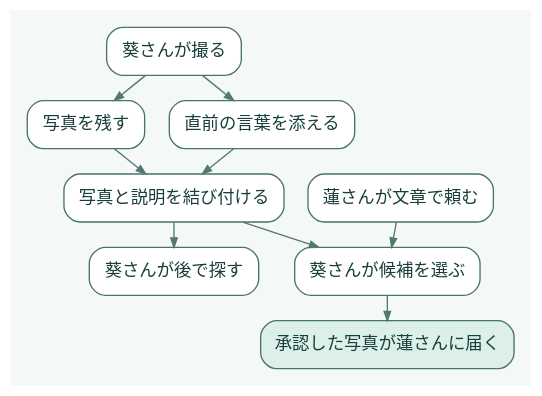
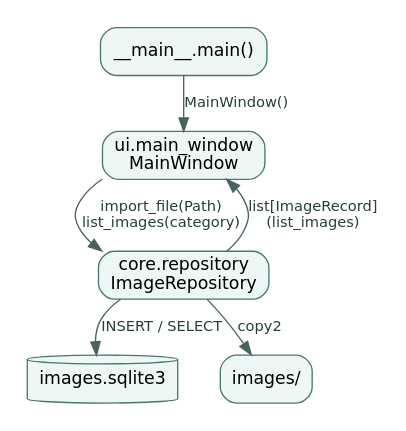
Before and after one commit to OsakanaHEAVEN/Create_Engineering_F_Academy: the diagram in diagrams/overview.dot, drawn with Graphviz. The commit also changed 28 other files, not shown here.

```diff
--- a/diagrams/overview.dot
+++ b/diagrams/overview.dot
@@ -1,8 +1,15 @@
-digraph Album {
-  graph [rankdir=TB, bgcolor="#f4f8f7", pad=.18, nodesep=.25, ranksep=.26, fontname="Noto Sans CJK JP"];
-  node [shape=box, style="rounded,filled", fillcolor="white", color="#47736f", fontcolor="#193e3b", fontname="Noto Sans CJK JP", fontsize=13, margin=".17,.10"];
-  edge [color="#537873", arrowsize=.7, fontname="Noto Sans CJK JP", fontsize=11];
-  shot [label="葵さんが撮る"]; photo [label="写真を残す"]; words [label="直前の言葉を添える"]; album [label="写真と説明を結び付ける"];
-  later [label="葵さんが後で探す"]; ask [label="蓮さんが文章で頼む"]; select [label="葵さんが候補を選ぶ"]; deliver [label="承認した写真が蓮さんに届く",fillcolor="#dcefe8"];
-  shot -> photo; shot -> words; photo -> album; words -> album; album -> later; album -> select; ask -> select; select -> deliver;
+digraph overview {
+  graph [rankdir=TB, bgcolor="#ffffff", pad="0.18", nodesep="0.38", ranksep="0.42"]
+  node [shape=box, style="rounded,filled", fillcolor="#edf7f5", color="#47776d", fontname="DejaVu Sans", fontsize=13]
+  edge [color="#48635f", fontcolor="#253f3b", fontname="DejaVu Sans", fontsize=11]
+  main [label="__main__.main()"]
+  ui [label="ui.main_window\nMainWindow"]
+  repo [label="core.repository\nImageRepository"]
+  db [label="images.sqlite3", shape=cylinder]
+  images [label="images/"]
+  main -> ui [label="MainWindow()"]
+  ui -> repo [label="import_file(Path)\nlist_images(category)"]
+  repo -> ui [label="list[ImageRecord]\n(list_images)"]
+  repo -> db [label="INSERT / SELECT"]
+  repo -> images [label="copy2"]
 }
```
